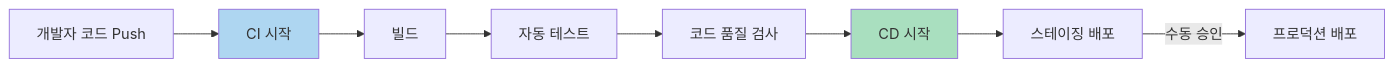
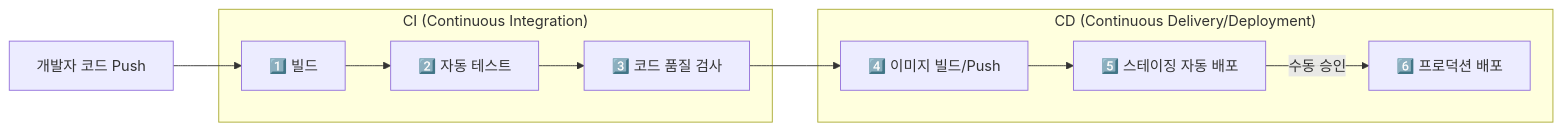
Before and after one commit to yjkim2015/yjkim2015.github.io: the first of 4 diagrams in _posts/cicd/2026-05-01-cicd.md, drawn with Mermaid. The commit also changed other lines of this file and 34 other files, not shown here.

First line of the commit message:
Full quality pass: 41 files — ASCII removed, 동작원리 보강, diagrams

```diff
--- a/_posts/cicd/2026-05-01-cicd.md
+++ b/_posts/cicd/2026-05-01-cicd.md
@@ -20,22 +19,20 @@
 <div class="mermaid">
 graph LR
-    DEV[개발자 코드 Push]
-    CI_START[CI 시작]
-    BUILD[빌드]
-    TEST[자동 테스트]
-    LINT[코드 품질 검사]
-    CD_START[CD 시작]
-    STAGE[스테이징 배포]
-    PROD[프로덕션 배포]
+    DEV["개발자 코드 Push"] --> BUILD["1️⃣ 빌드"]
+    BUILD --> TEST["2️⃣ 자동 테스트"]
+    TEST --> LINT["3️⃣ 코드 품질 검사"]
+    LINT --> DOCKER["4️⃣ 이미지 빌드/Push"]
+    DOCKER --> STAGE["5️⃣ 스테이징 자동 배포"]
+    STAGE -->|"수동 승인"| PROD["6️⃣ 프로덕션 배포"]
 
-    DEV --> CI_START
-    CI_START --> BUILD
-    BUILD --> TEST
-    TEST --> LINT
-    LINT --> CD_START
-    CD_START --> STAGE
-    STAGE -->|수동 승인| PROD
-
-    style CI_START fill:#AED6F1
-    style CD_START fill:#A9DFBF
+    subgraph "CI (Continuous Integration)"
+        BUILD
+        TEST
+        LINT
+    end
+    subgraph "CD (Continuous Delivery/Deployment)"
+        DOCKER
+        STAGE
+        PROD
+    end
 </div>
```
